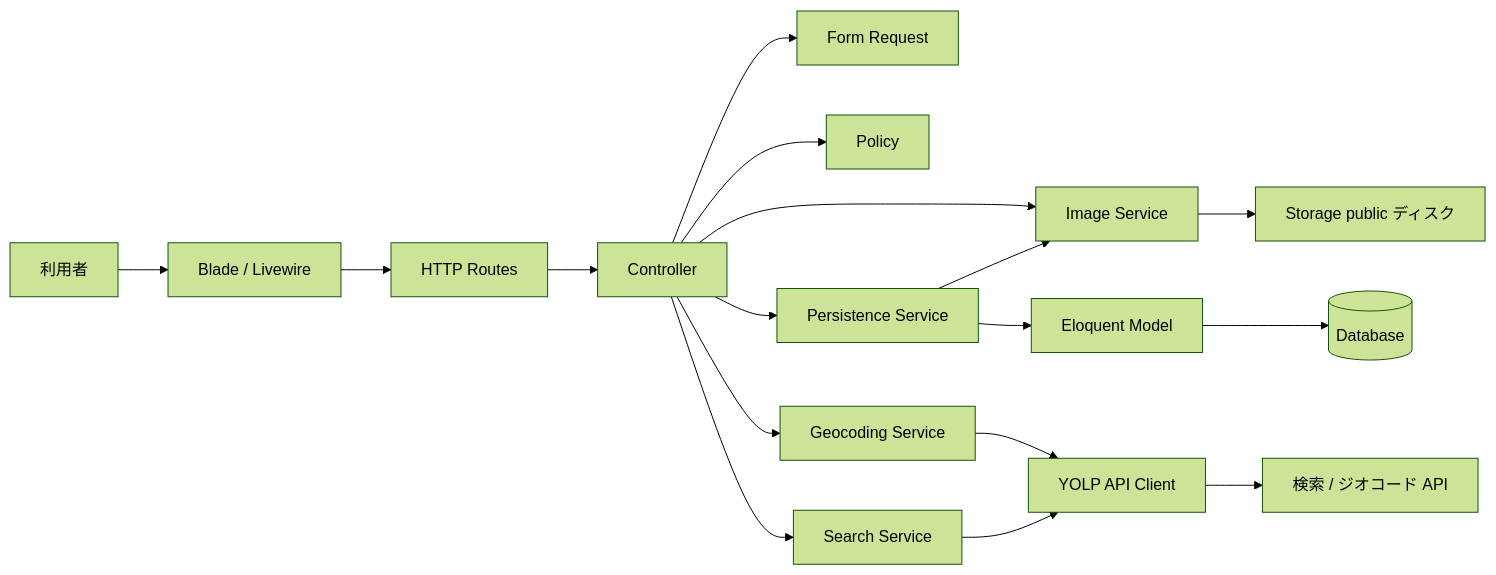
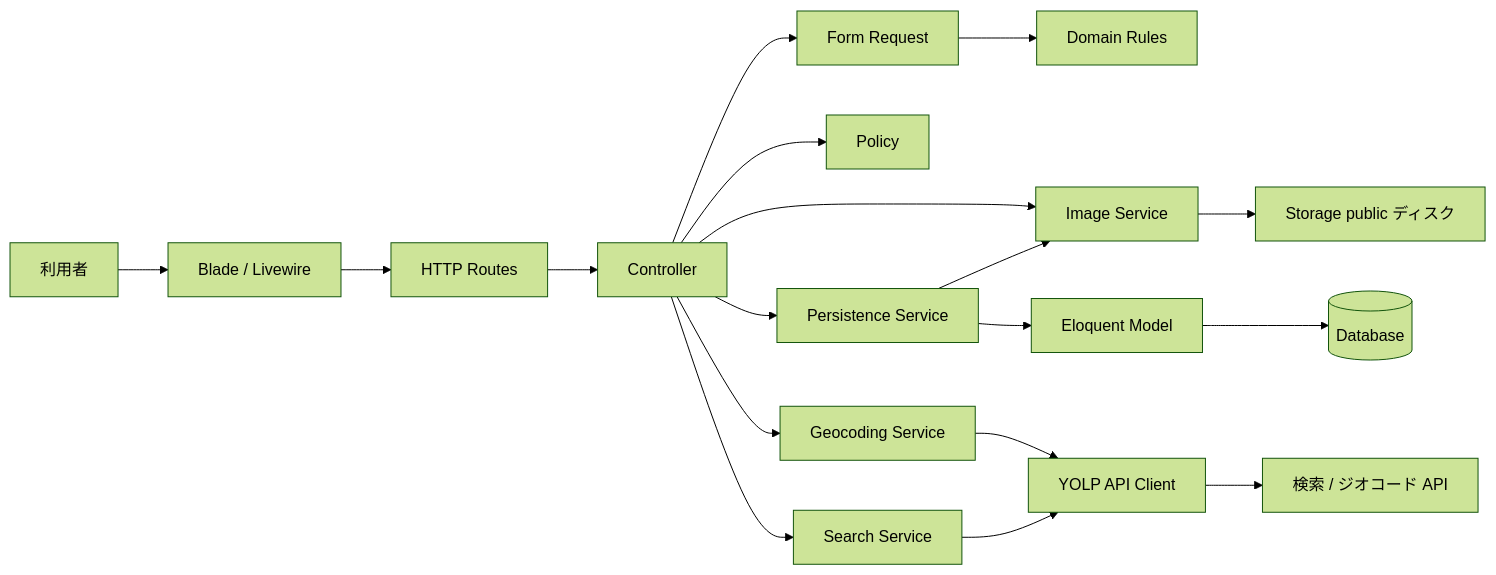
Before and after one commit to ariki41/BikeParking: the first of 2 diagrams in doc/design.md, drawn with Mermaid (forest theme). The commit also changed other lines of this file and 10 other files, not shown here.

````diff
--- a/doc/design.md
+++ b/doc/design.md
@@ -29,19 +29,20 @@
 ```mermaid
 flowchart LR
     U[利用者] --> V[Blade / Livewire]
     V --> R[HTTP Routes]
     R --> C[Controller]
     C --> F[Form Request]
+    F --> DR[Domain Rules]
     C --> P[Policy]
     C --> PS[Persistence Service]
     C --> GS[Geocoding Service]
     C --> SS[Search Service]
     C --> IS[Image Service]
     PS --> IS
     PS --> M[Eloquent Model]
     M --> D[(Database)]
     GS --> YC[YOLP API Client]
     SS --> YC
     YC --> G[検索 / ジオコード API]
     IS --> FS[Storage public ディスク]
 ```
````
